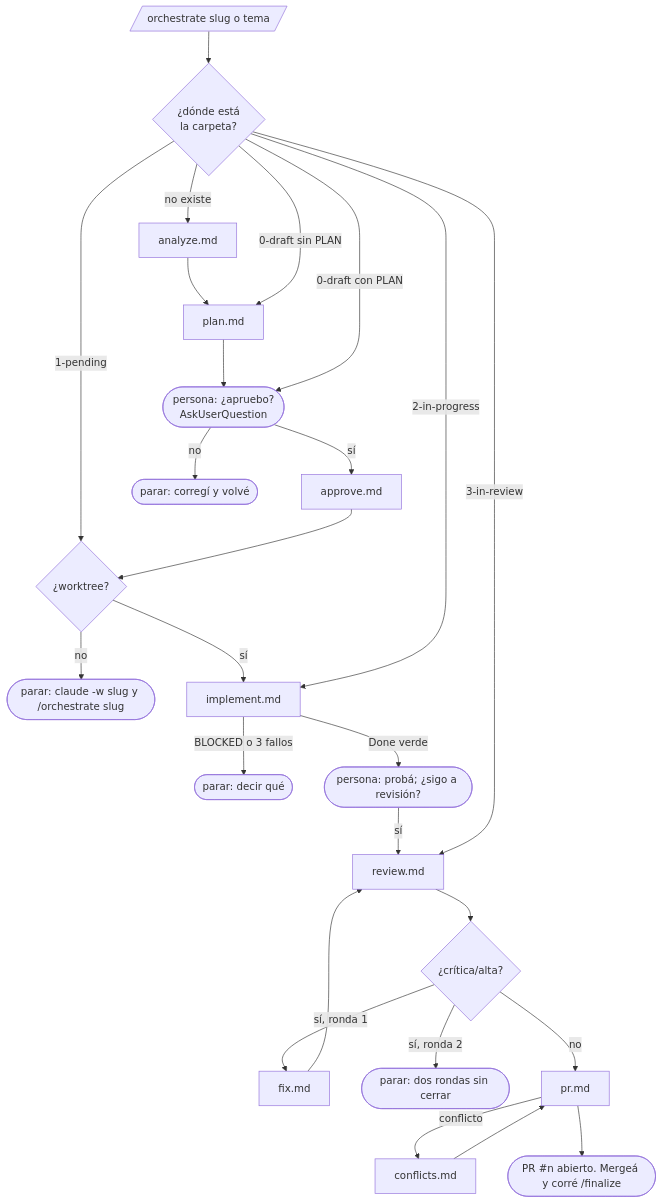
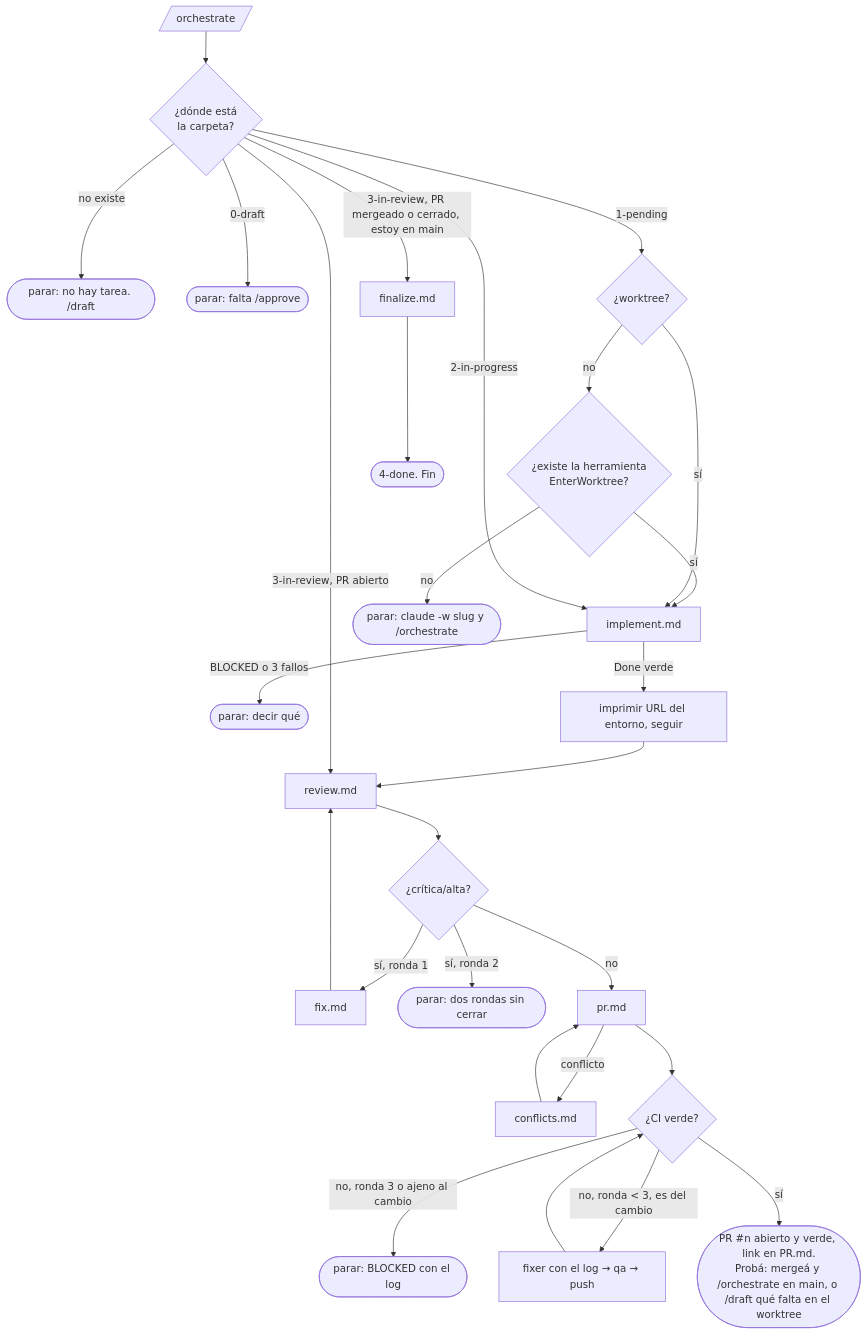
Before and after one commit to octavio-parozlabs/mindstack: the second of 2 diagrams in skills/workflow/references/orchestrate.md, drawn with Mermaid. The commit also changed other lines of this file and 58 other files, not shown here.

````diff
--- a/skills/workflow/references/orchestrate.md
+++ b/skills/workflow/references/orchestrate.md
@@ -5,24 +23,26 @@
 ```mermaid
 flowchart TD
-    IN[/orchestrate slug o tema/] --> ST{¿dónde está\nla carpeta?}
-    ST -- no existe --> AN[analyze.md] --> PL[plan.md] --> AP([persona: ¿apruebo?\nAskUserQuestion])
-    ST -- 0-draft sin PLAN --> PL
-    ST -- 0-draft con PLAN --> AP
-    AP -- sí --> APR[approve.md]
-    AP -- no --> FIN1([parar: corregí y volvé])
+    IN[/orchestrate/] --> ST{¿dónde está\nla carpeta?}
+    ST -- no existe --> FIN0(["parar: no hay tarea. /draft"])
+    ST -- 0-draft --> FIN1(["parar: falta /approve"])
     ST -- 1-pending --> WT{¿worktree?}
-    APR --> WT
-    WT -- no --> FIN2(["parar: claude -w slug y /orchestrate slug"])
+    WT -- no --> EW{¿existe la herramienta\nEnterWorktree?}
+    EW -- sí --> IM
+    EW -- no --> FIN2(["parar: claude -w slug y /orchestrate"])
     WT -- sí --> IM[implement.md]
     ST -- 2-in-progress --> IM
     IM -- BLOCKED o 3 fallos --> FIN3([parar: decir qué])
-    IM -- Done verde --> PR1([persona: probá; ¿sigo a revisión?])
-    PR1 -- sí --> RV[review.md]
-    ST -- 3-in-review --> RV
+    IM -- Done verde --> URL[imprimir URL del entorno, seguir]
+    URL --> RV[review.md]
+    ST -- 3-in-review, PR mergeado o cerrado, estoy en main --> FZ[finalize.md] --> FIN7(["4-done. Fin"])
+    ST -- 3-in-review, PR abierto --> RV
     RV --> H{¿crítica/alta?}
     H -- sí, ronda 1 --> CO[fix.md] --> RV
     H -- sí, ronda 2 --> FIN4([parar: dos rondas sin cerrar])
     H -- no --> PRC[pr.md]
     PRC -- conflicto --> CF[conflicts.md] --> PRC
-    PRC --> FIN5(["PR #n abierto. Mergeá y corré /finalize"])
+    PRC --> CI{¿CI verde?}
+    CI -- no, ronda < 3, es del cambio --> CIF[fixer con el log → qa → push] --> CI
+    CI -- no, ronda 3 o ajeno al cambio --> FIN6([parar: BLOCKED con el log])
+    CI -- sí --> FIN5(["PR #n abierto y verde, link en PR.md.\nProbá: mergeá y /orchestrate en main, o /draft qué falta en el worktree"])
 ```
````
